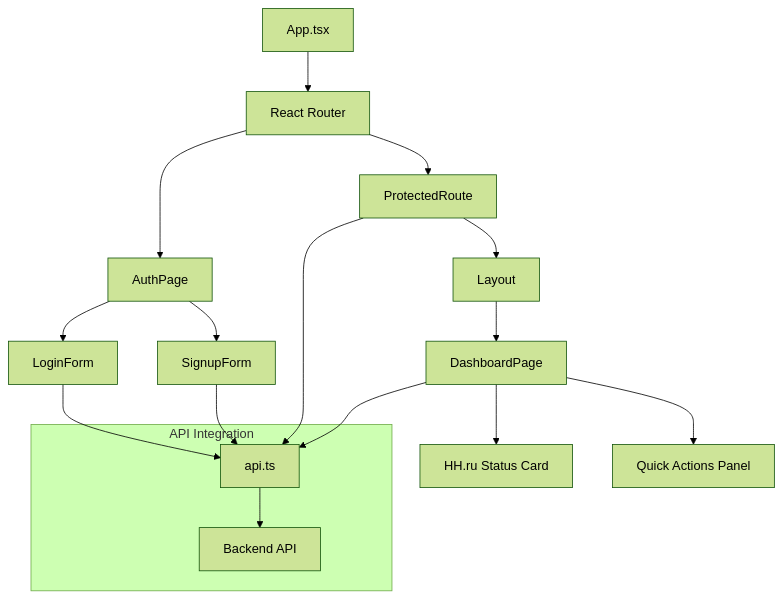
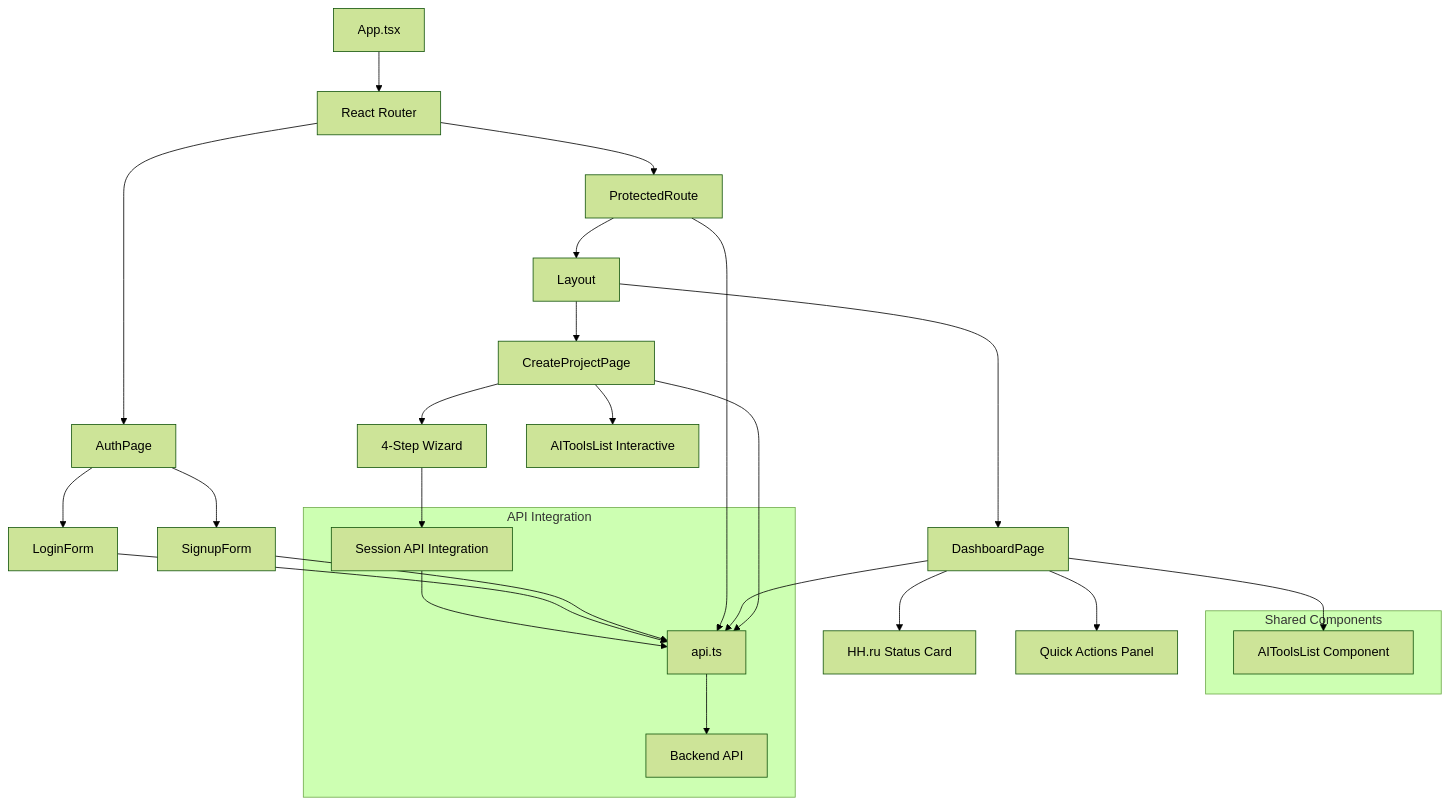
One commit to Maskedxxx/refactor_gpt_4_mini_hackaton_final changed the diagram in docs/architecture/components/frontend.md. Above: the diagram before and after it, drawn with Mermaid (forest theme). The commit also changed other lines of this file and 3 other files, not shown here.

````diff
--- a/docs/architecture/components/frontend.md
+++ b/docs/architecture/components/frontend.md
@@ -27,23 +31,35 @@
 ```mermaid
 graph TB
     App[App.tsx] --> Router[React Router]
     Router --> AuthPage[AuthPage]
     Router --> ProtectedRoute[ProtectedRoute]
     ProtectedRoute --> Layout[Layout] 
     Layout --> DashboardPage[DashboardPage]
+    Layout --> CreateProjectPage[CreateProjectPage]
     
     AuthPage --> LoginForm[LoginForm]
     AuthPage --> SignupForm[SignupForm]
     
     DashboardPage --> HHIntegration[HH.ru Status Card]
     DashboardPage --> QuickActions[Quick Actions Panel]
+    DashboardPage --> AIToolsList[AIToolsList Preview]
+    
+    CreateProjectPage --> WizardSteps[4-Step Wizard]
+    CreateProjectPage --> AIToolsList2[AIToolsList Interactive]
+    WizardSteps --> SessionAPI[Session API Integration]
+    
+    subgraph "Shared Components"
+        AIToolsList[AIToolsList Component]
+    end
     
     subgraph "API Integration"
         ApiClient[api.ts] --> Backend[Backend API]
+        SessionAPI --> ApiClient
     end
     
     LoginForm --> ApiClient
     SignupForm --> ApiClient
     ProtectedRoute --> ApiClient
     DashboardPage --> ApiClient
+    CreateProjectPage --> ApiClient
 ```
````
